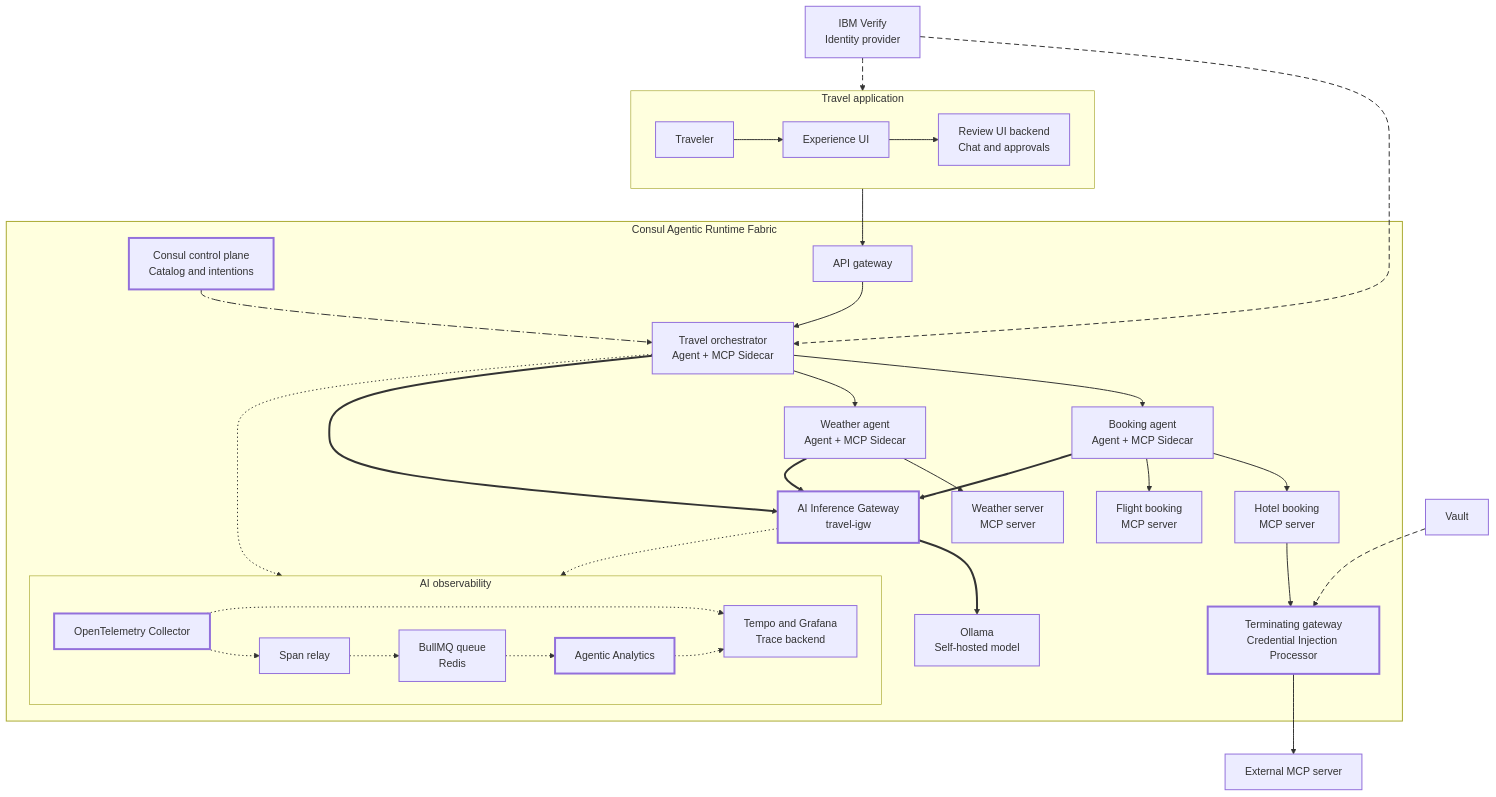
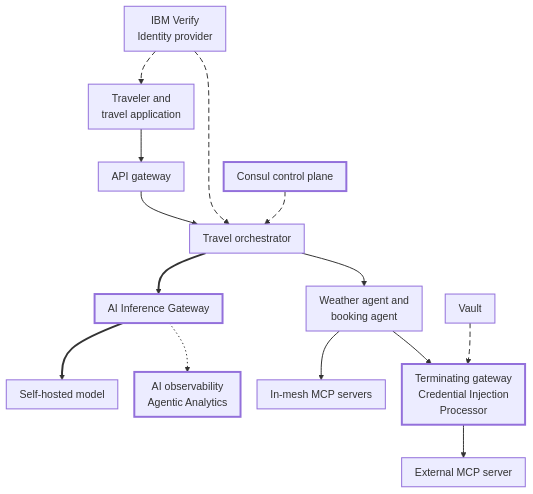
Before and after one commit to hashicorp/web-unified-docs: the diagram in content/consul/v2.1.x/diagram-sources/travel-booking-architecture.mmd, drawn with Mermaid. The commit also changed 32 other files, not shown here.

First line of the commit message:
Fit the architecture diagrams to the content column

```diff
--- a/content/consul/v2.1.x/diagram-sources/travel-booking-architecture.mmd
+++ b/content/consul/v2.1.x/diagram-sources/travel-booking-architecture.mmd
@@ -1,76 +1,41 @@
+%%{init: {"flowchart":{"nodeSpacing":25,"padding":10}}}%%
 flowchart TB
-  subgraph app["Travel application"]
-    direction LR
-    traveler["Traveler"]
-    ui["Experience UI"]
-    review["Review UI backend<br/>Chat and approvals"]
-  end
   idp["IBM Verify<br/>Identity provider"]
+  app["Traveler and<br/>travel application"]
+  cp["Consul control plane"]
+  apigw["API gateway"]
+  orch["Travel orchestrator"]
+  igw["AI Inference Gateway"]
+  model["Self-hosted model"]
+  obs["AI observability<br/>Agentic Analytics"]
+  agents["Weather agent and<br/>booking agent"]
+  mcp["In-mesh MCP servers"]
+  tgw["Terminating gateway<br/>Credential Injection<br/>Processor"]
+  vault["Vault"]
+  ext["External MCP server"]
 
-  subgraph arf["Consul Agentic Runtime Fabric"]
-    cp["Consul control plane<br/>Catalog and intentions"]
-    apigw["API gateway"]
-    orch["Travel orchestrator<br/>Agent + MCP Sidecar"]
-    igw["AI Inference Gateway<br/>travel-igw"]
-    weather["Weather agent<br/>Agent + MCP Sidecar"]
-    booking["Booking agent<br/>Agent + MCP Sidecar"]
-    model["Ollama<br/>Self-hosted model"]
-    wserver["Weather server<br/>MCP server"]
-    flight["Flight booking<br/>MCP server"]
-    hotel["Hotel booking<br/>MCP server"]
-    tgw["Terminating gateway<br/>Credential Injection Processor"]
-    subgraph obs["AI observability"]
-      direction LR
-      otel["OpenTelemetry Collector"]
-      relay["Span relay"]
-      queue["BullMQ queue<br/>Redis"]
-      analytics["Agentic Analytics"]
-      tempo["Tempo and Grafana<br/>Trace backend"]
-    end
-  end
-  vault["Vault"]
-  extmcp["External MCP server"]
-
-  %% Requests and invocations: links 0 to 10
-  traveler --> ui
-  ui --> review
-  review --> apigw
+  %% Requests: links 0 to 5
+  app --> apigw
   apigw --> orch
-  orch --> booking
-  orch --> weather
-  booking --> hotel
-  booking --> flight
-  weather --> wserver
-  hotel --> tgw
-  tgw --> extmcp
-  %% Model access: links 11 to 14
+  orch --> agents
+  agents --> mcp
+  agents --> tgw
+  tgw --> ext
+  %% Model access: links 6 to 7
   orch ==> igw
-  booking ==> igw
-  weather ==> igw
   igw ==> model
-  %% Identity and credentials: links 15 to 17
-  idp -.-> review
+  %% Identity, credentials, and policy: links 8 to 11
+  idp -.-> app
   idp -.-> orch
+  cp -.-> orch
   vault -.-> tgw
-  %% Discovery and policy: link 18
-  cp -.-> orch
-  %% Telemetry and trace access: links 19 to 25
+  %% Telemetry: link 12
   igw -.-> obs
-  orch -.-> obs
-  otel -.-> relay
-  relay -.-> queue
-  queue -.-> analytics
-  otel -.-> tempo
-  analytics -.-> tempo
 
   classDef default fill:$node,stroke:$node_border,stroke-width:1.5px,color:$text
   classDef arfc fill:$node,stroke:$accent_border,stroke-width:3px,color:$text
-  class igw,tgw,cp,analytics,otel arfc
-  style arf fill:$arf,stroke:$arf_border,stroke-width:1.5px,color:$text
-  style app fill:$cluster,stroke:$cluster_border,stroke-width:1px,color:$text
-  style obs fill:$cluster,stroke:$cluster_border,stroke-width:1px,color:$text
-  linkStyle 0,1,2,3,4,5,6,7,8,9,10 stroke:$line,stroke-width:1.5px
-  linkStyle 11,12,13,14 stroke:$model,stroke-width:3px
-  linkStyle 15,16,17 stroke:$line,stroke-width:1.5px,stroke-dasharray:8 5
-  linkStyle 18 stroke:$line,stroke-width:1.5px,stroke-dasharray:14 4 2 4
-  linkStyle 19,20,21,22,23,24,25 stroke:$line,stroke-width:1.5px,stroke-dasharray:2 4
+  class igw,tgw,cp,obs arfc
+  linkStyle 0,1,2,3,4,5 stroke:$line,stroke-width:1.5px
+  linkStyle 6,7 stroke:$model,stroke-width:3px
+  linkStyle 8,9,10,11 stroke:$line,stroke-width:1.5px,stroke-dasharray:8 5
+  linkStyle 12 stroke:$line,stroke-width:1.5px,stroke-dasharray:2 4
```
